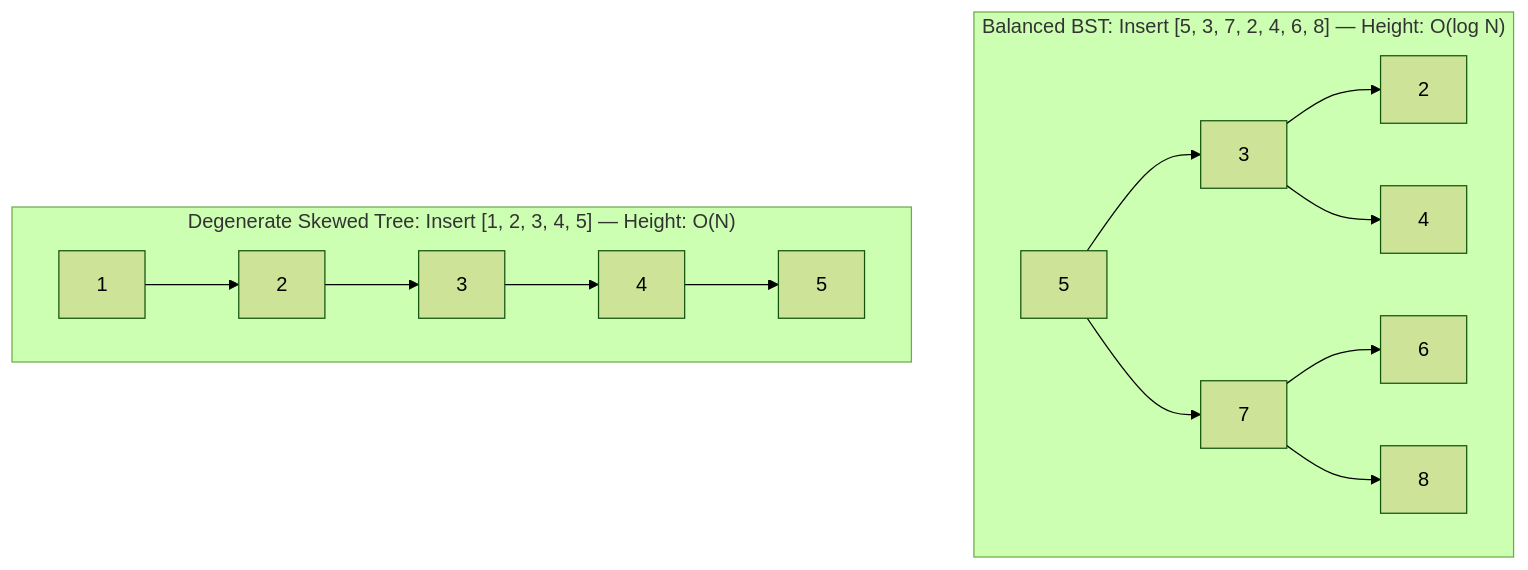
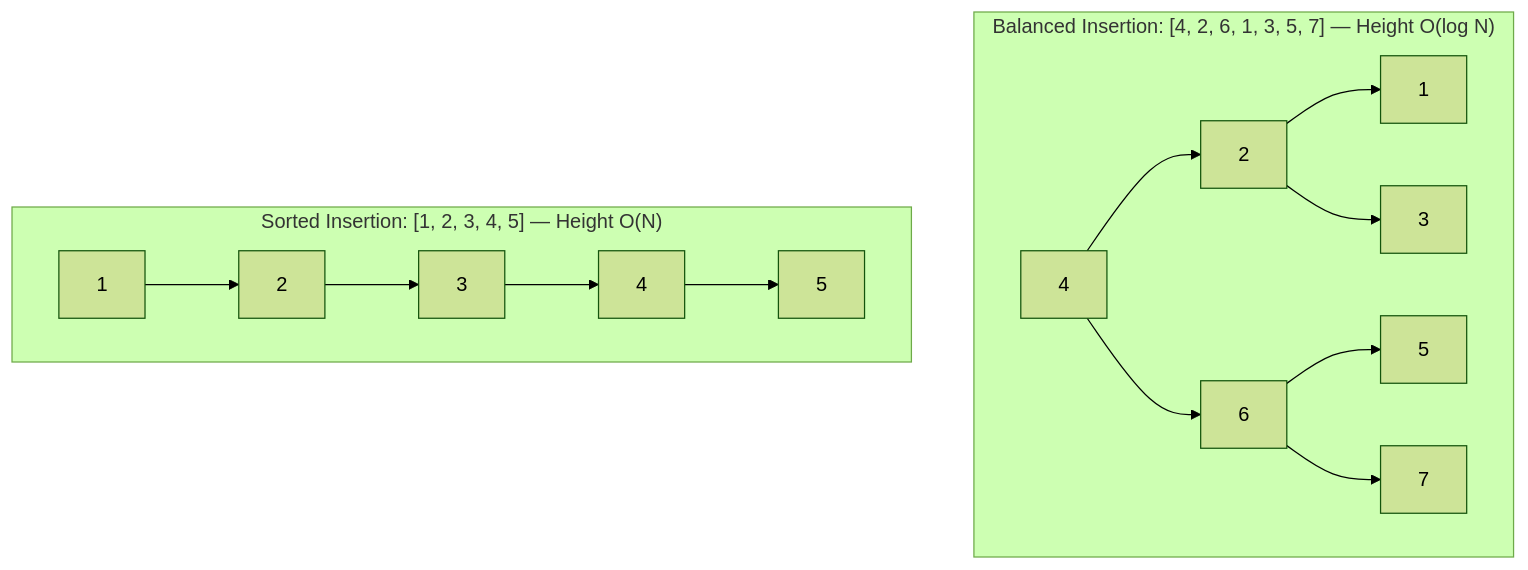
Before and after one commit to dip4k/DSA_102: the diagram in week_07_trees_and_balanced_search_trees/Week_07_Day_02_Binary_Search_Trees_Instructional.md, drawn with Mermaid (forest theme). The commit also changed other lines of this file and 191 other files, not shown here.

````diff
--- a/week_07_trees_and_balanced_search_trees/Week_07_Day_02_Binary_Search_Trees_Instructional.md
+++ b/week_07_trees_and_balanced_search_trees/Week_07_Day_02_Binary_Search_Trees_Instructional.md
@@ -445,14 +246,14 @@
 ```mermaid
 flowchart TD
-    subgraph Balanced["Balanced BST: Insert [5, 3, 7, 2, 4, 6, 8] — Height: O(log N)"]
-        b5["5"] --> b3["3"] & b7["7"]
-        b3 --> b2["2"] & b4["4"]
-        b7 --> b6["6"] & b8["8"]
+    subgraph Balanced["Balanced Insertion: [4, 2, 6, 1, 3, 5, 7] — Height O(log N)"]
+        b4["4"] --> b2["2"] & b6["6"]
+        b2 --> b1["1"] & b3["3"]
+        b6 --> b5["5"] & b7["7"]
     end
-    subgraph Degenerate["Degenerate Skewed Tree: Insert [1, 2, 3, 4, 5] — Height: O(N)"]
+    subgraph Degenerate["Sorted Insertion: [1, 2, 3, 4, 5] — Height O(N)"]
         d1["1"] --> d2["2"]
         d2 --> d3["3"]
         d3 --> d4["4"]
         d4 --> d5["5"]
     end
 ```
````
